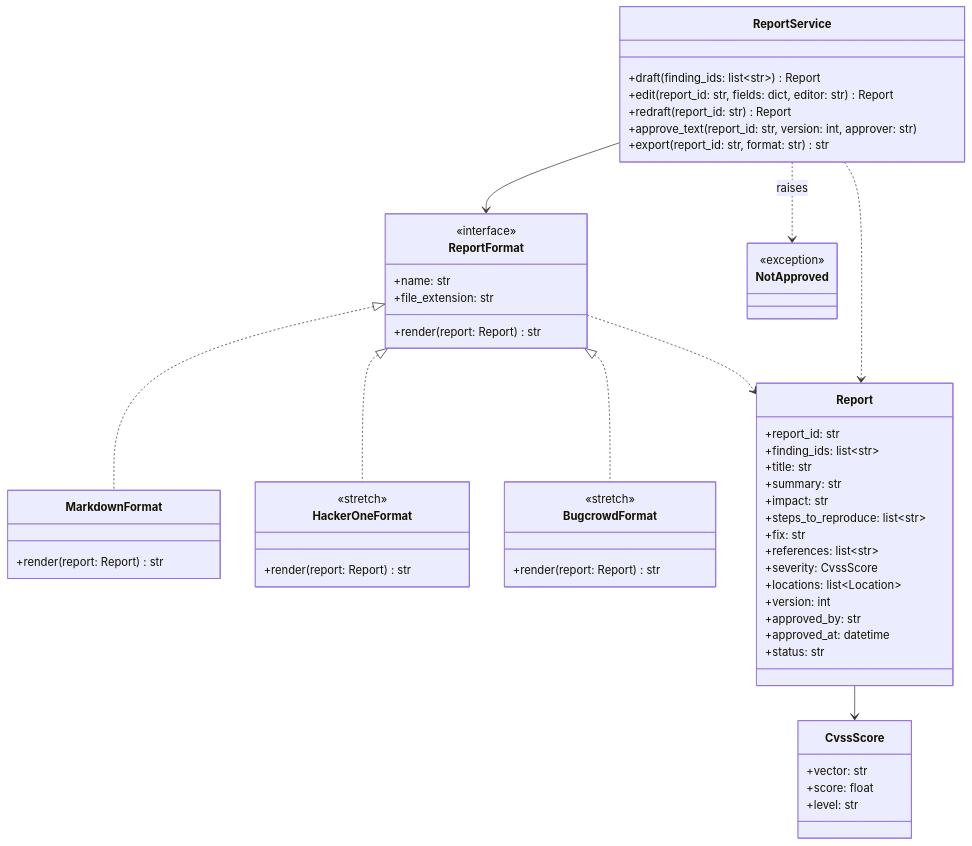
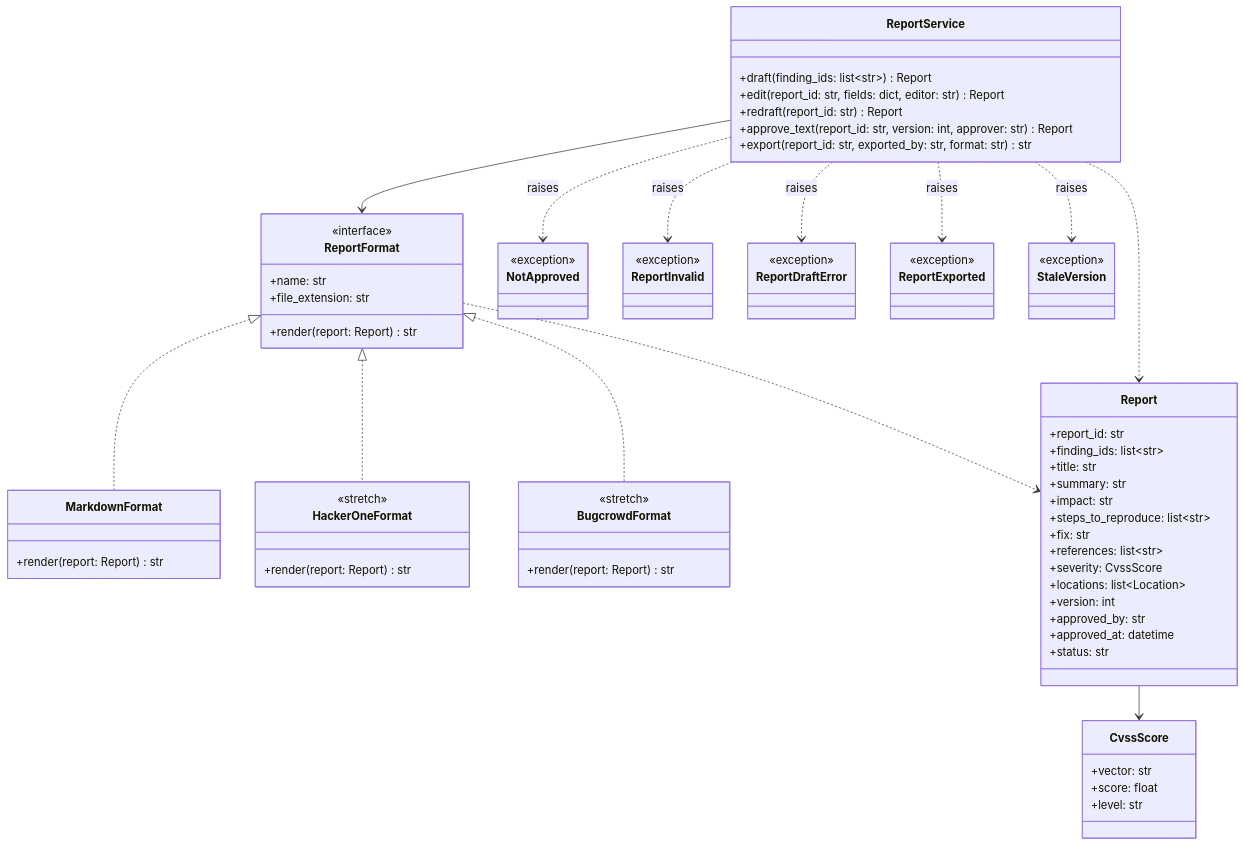
One commit to sieve-ku-comp491/sieve changed the fifth of 5 diagrams in docs/class-diagrams.md. Above: the diagram before and after it, drawn with Mermaid. The commit also changed other lines of this file, not shown here.

Commit message:
docs(reports): describe how the report service behaves
Says what draft, edit, redraft, approve_text and export do, which
errors they raise, and what happens to an exported report. This answers
the questions on the report text approval in #45: an exported report is
final, and a stale version raises StaleVersion.

Refs #62

````diff
--- a/docs/class-diagrams.md
+++ b/docs/class-diagrams.md
@@ -567,60 +567,76 @@
 ```mermaid
 classDiagram
   class ReportFormat {
     <<interface>>
     +name: str
     +file_extension: str
     +render(report: Report) str
   }
   class MarkdownFormat {
     +render(report: Report) str
   }
   class HackerOneFormat {
     <<stretch>>
     +render(report: Report) str
   }
   class BugcrowdFormat {
     <<stretch>>
     +render(report: Report) str
   }
   class Report {
     +report_id: str
     +finding_ids: list~str~
     +title: str
     +summary: str
     +impact: str
     +steps_to_reproduce: list~str~
     +fix: str
     +references: list~str~
     +severity: CvssScore
     +locations: list~Location~
     +version: int
     +approved_by: str
     +approved_at: datetime
     +status: str
   }
   class CvssScore {
     +vector: str
     +score: float
     +level: str
   }
   class ReportService {
     +draft(finding_ids: list~str~) Report
     +edit(report_id: str, fields: dict, editor: str) Report
     +redraft(report_id: str) Report
-    +approve_text(report_id: str, version: int, approver: str)
-    +export(report_id: str, format: str) str
+    +approve_text(report_id: str, version: int, approver: str) Report
+    +export(report_id: str, exported_by: str, format: str) str
   }
   class NotApproved {
+    <<exception>>
+  }
+  class ReportInvalid {
+    <<exception>>
+  }
+  class ReportDraftError {
+    <<exception>>
+  }
+  class ReportExported {
+    <<exception>>
+  }
+  class StaleVersion {
     <<exception>>
   }
 
   ReportFormat <|.. MarkdownFormat
   ReportFormat <|.. HackerOneFormat
   ReportFormat <|.. BugcrowdFormat
   ReportFormat ..> Report
   Report --> CvssScore
   ReportService --> ReportFormat
   ReportService ..> Report
   ReportService ..> NotApproved : raises
+  ReportService ..> ReportInvalid : raises
+  ReportService ..> ReportDraftError : raises
+  ReportService ..> ReportExported : raises
+  ReportService ..> StaleVersion : raises
 ```
````
